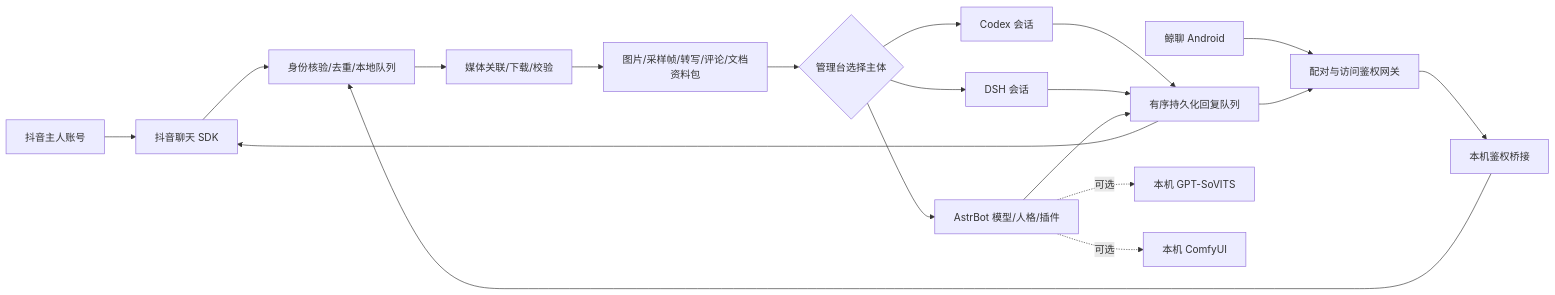
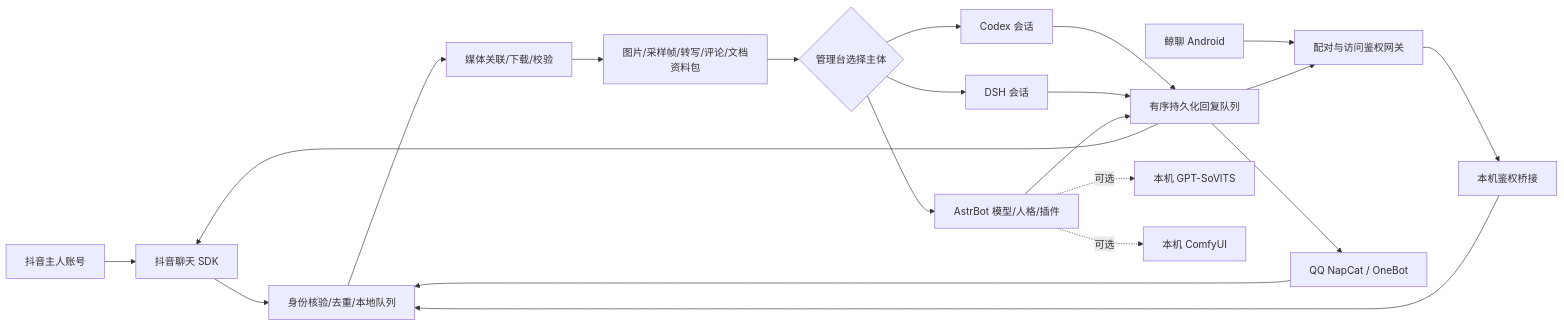
The diagram in README.md (wugaixu/feiyu-assistant), drawn with Mermaid before and after one commit. The commit also changed other lines of this file and 109 other files, not shown here.

````diff
--- a/README.md
+++ b/README.md
@@ -30,21 +31,23 @@
 ```mermaid
 flowchart LR
   DY[抖音主人账号] --> SDK[抖音聊天 SDK]
   APP[鲸聊 Android] --> GW[配对与访问鉴权网关]
   GW --> BR[本机鉴权桥接]
-  SDK --> Q[身份核验/去重/本地队列]
+  QQ[QQ NapCat / OneBot] --> Q[身份核验/去重/本地队列]
+  SDK --> Q
   BR --> Q
   Q --> MEDIA[媒体关联/下载/校验]
   MEDIA --> DATA[图片/采样帧/转写/评论/文档资料包]
   DATA --> AI{管理台选择主体}
   AI --> C[Codex 会话]
   AI --> D[DSH 会话]
   AI --> A[AstrBot 模型/人格/插件]
   C --> OUT[有序持久化回复队列]
   D --> OUT
   A --> OUT
   OUT --> SDK
   OUT --> GW
+  OUT --> QQ
   A -. 可选 .-> TTS[本机 GPT-SoVITS]
   A -. 可选 .-> IMG[本机 ComfyUI]
 ```
````
